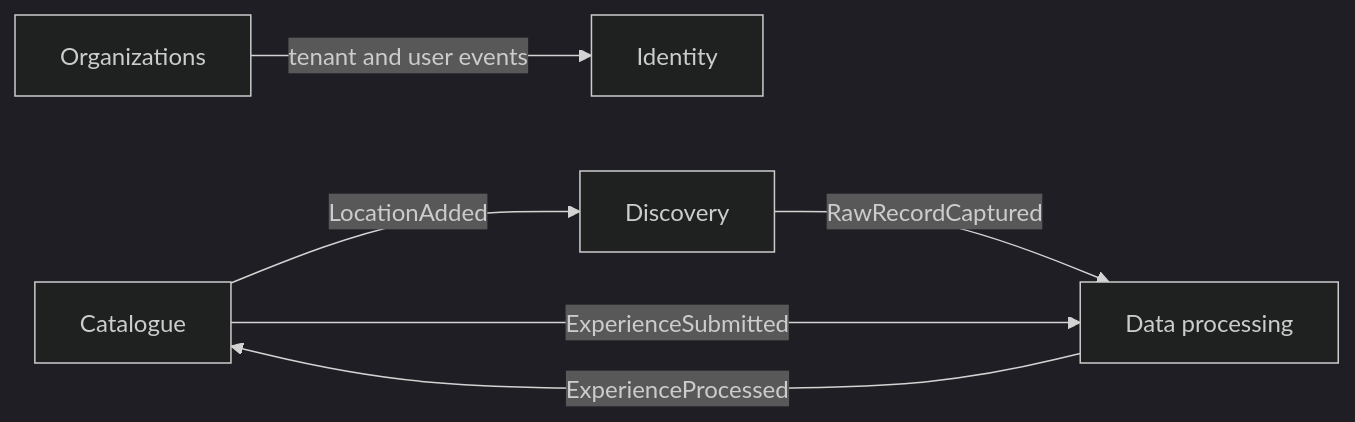
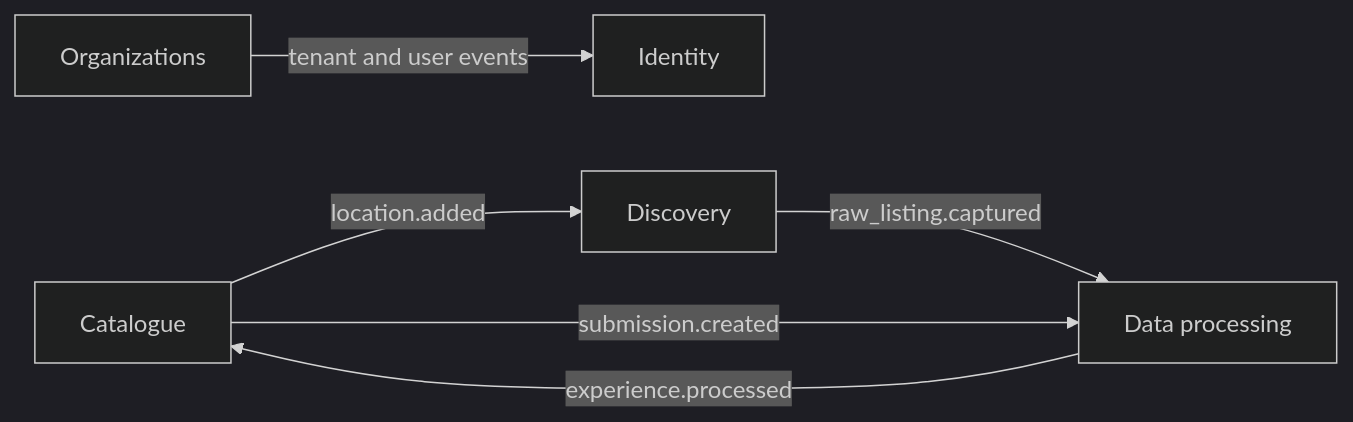
Before and after one commit to mdwt/magic-events: the diagram in docs/data-model.md, drawn with Mermaid (dark theme). The commit also changed other lines of this file and 2 other files, not shown here.

First line of the commit message:
Add domain event definitions (resource.verb, lowercase) and rename events in spec and data model

````diff
--- a/docs/data-model.md
+++ b/docs/data-model.md
@@ -22,8 +22,8 @@
 ```mermaid
 flowchart LR
   ORG[Organizations] -- tenant and user events --> ID[Identity]
-  CAT[Catalogue] -- LocationAdded --> DIS[Discovery]
-  DIS -- RawRecordCaptured --> DP[Data processing]
-  CAT -- ExperienceSubmitted --> DP
-  DP -- ExperienceProcessed --> CAT
+  CAT[Catalogue] -- location.added --> DIS[Discovery]
+  DIS -- raw_listing.captured --> DP[Data processing]
+  CAT -- submission.created --> DP
+  DP -- experience.processed --> CAT
 ```
````
